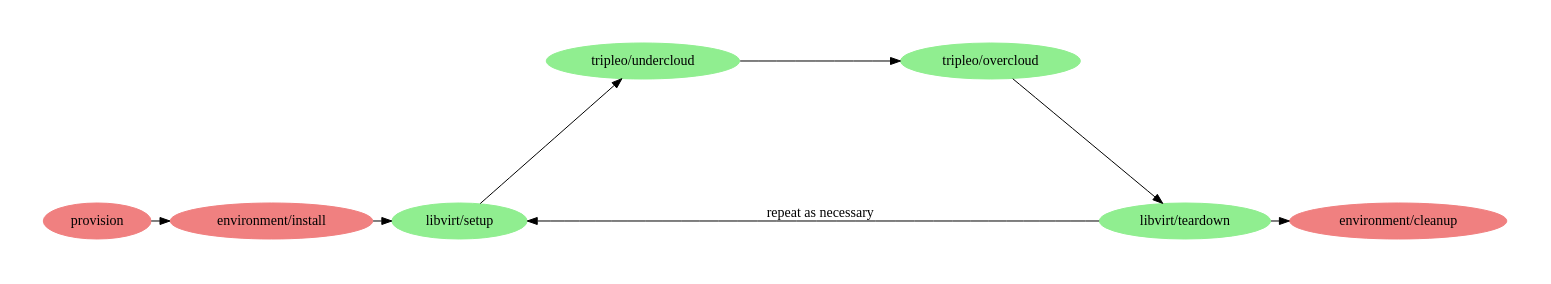
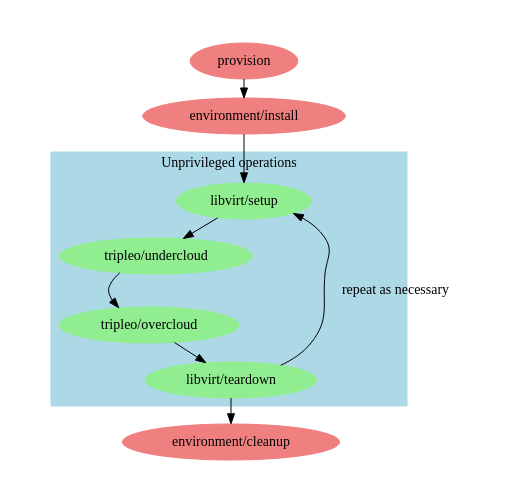
One commit to larsks/oooq-workflow changed the diagram in workflow.dot. Above: the diagram before and after it, drawn with Graphviz. The commit also changed 1 other file, not shown here.

Commit message:
yay graphviz clusters

```diff
--- a/workflow.dot
+++ b/workflow.dot
@@ -1,22 +1,27 @@
 digraph {
-	rankdir=LR;
-
 	graph [pad="0.5", ranksep="0.25", nodesep="2"];
 
 	node [style="filled", color="#90EE90"];
 	provision [color="#f08080"];
 	"environment/install" [color="#f08080"];
 	"libvirt/setup";
 	"tripleo/undercloud";
 	"tripleo/overcloud";
 	"libvirt/teardown";
 	"environment/cleanup" [color="#f08080"];
 
 	provision -> "environment/install";
 	"environment/install" -> "libvirt/setup";
-	"libvirt/setup" -> "tripleo/undercloud";
-	"tripleo/undercloud" -> "tripleo/overcloud";
-	"tripleo/overcloud" -> "libvirt/teardown";
-	"libvirt/teardown" -> "libvirt/setup" [label="repeat as necessary"];
+
+	subgraph cluster_unprivileged {
+		style = filled;
+		color = lightblue;
+		label = "Unprivileged operations";
+		"libvirt/setup" -> "tripleo/undercloud";
+		"tripleo/undercloud" -> "tripleo/overcloud";
+		"tripleo/overcloud" -> "libvirt/teardown";
+		"libvirt/teardown" -> "libvirt/setup" [label="repeat as necessary"];
+	}
+
 	"libvirt/teardown" -> "environment/cleanup";
 }
```
